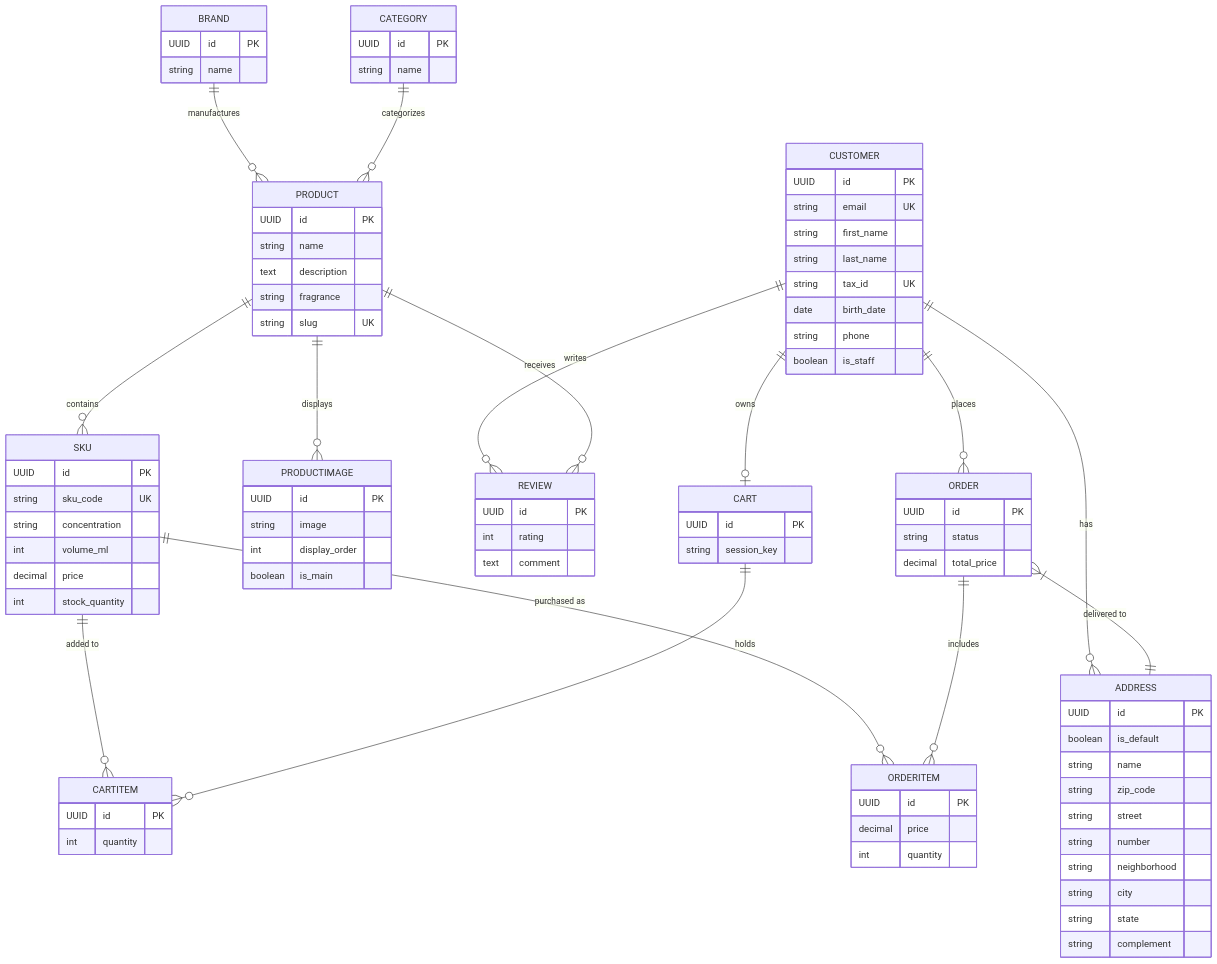
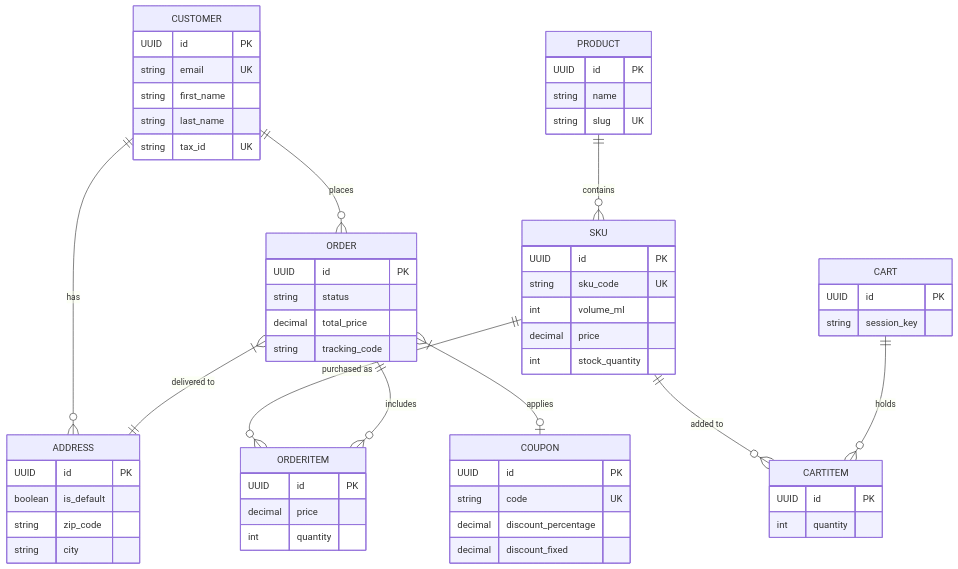
Before and after one commit to BrendonCordova/pettit-gateau: the diagram in README.md, drawn with Mermaid. The commit also changed other lines of this file and 6 other files, not shown here.

First line of the commit message:
docs: revamp README with enterprise architecture and apply UI hotfixes

````diff
--- a/README.md
+++ b/README.md
@@ -35,60 +53,36 @@
         string first_name
         string last_name
         string tax_id UK
-        date birth_date
-        string phone
-        boolean is_staff
     }
     ADDRESS {
         UUID id PK
         boolean is_default
-        string name
         string zip_code
-        string street
-        string number
-        string neighborhood
         string city
-        string state
-        string complement
-    }
-    BRAND {
-        UUID id PK
-        string name
-    }
-    CATEGORY {
-        UUID id PK
-        string name
     }
     PRODUCT {
         UUID id PK
         string name
-        text description
-        string fragrance
         string slug UK
     }
     SKU {
         UUID id PK
         string sku_code UK
-        string concentration
         int volume_ml
         decimal price
         int stock_quantity
     }
-    PRODUCTIMAGE {
+    COUPON {
         UUID id PK
-        string image
-        int display_order
-        boolean is_main
-    }
-    REVIEW {
-        UUID id PK
-        int rating
-        text comment
+        string code UK
+        decimal discount_percentage
+        decimal discount_fixed
     }
     ORDER {
         UUID id PK
         string status
         decimal total_price
+        string tracking_code
     }
     ORDERITEM {
         UUID id PK
@@ -107,20 +101,11 @@
     %% Relationships
     CUSTOMER ||--o{ ADDRESS : "has"
     CUSTOMER ||--o{ ORDER : "places"
-    CUSTOMER ||--o{ REVIEW : "writes"
-    CUSTOMER ||--o| CART : "owns"
-    
-    BRAND ||--o{ PRODUCT : "manufactures"
-    CATEGORY ||--o{ PRODUCT : "categorizes"
-    
     PRODUCT ||--o{ SKU : "contains"
-    PRODUCT ||--o{ PRODUCTIMAGE : "displays"
-    PRODUCT ||--o{ REVIEW : "receives"
-    
     SKU ||--o{ CARTITEM : "added to"
     SKU ||--o{ ORDERITEM : "purchased as"
-    
     CART ||--o{ CARTITEM : "holds"
     ORDER ||--o{ ORDERITEM : "includes"
     ORDER }|--|| ADDRESS : "delivered to"
+    ORDER }|--o| COUPON : "applies"
 ```
````
